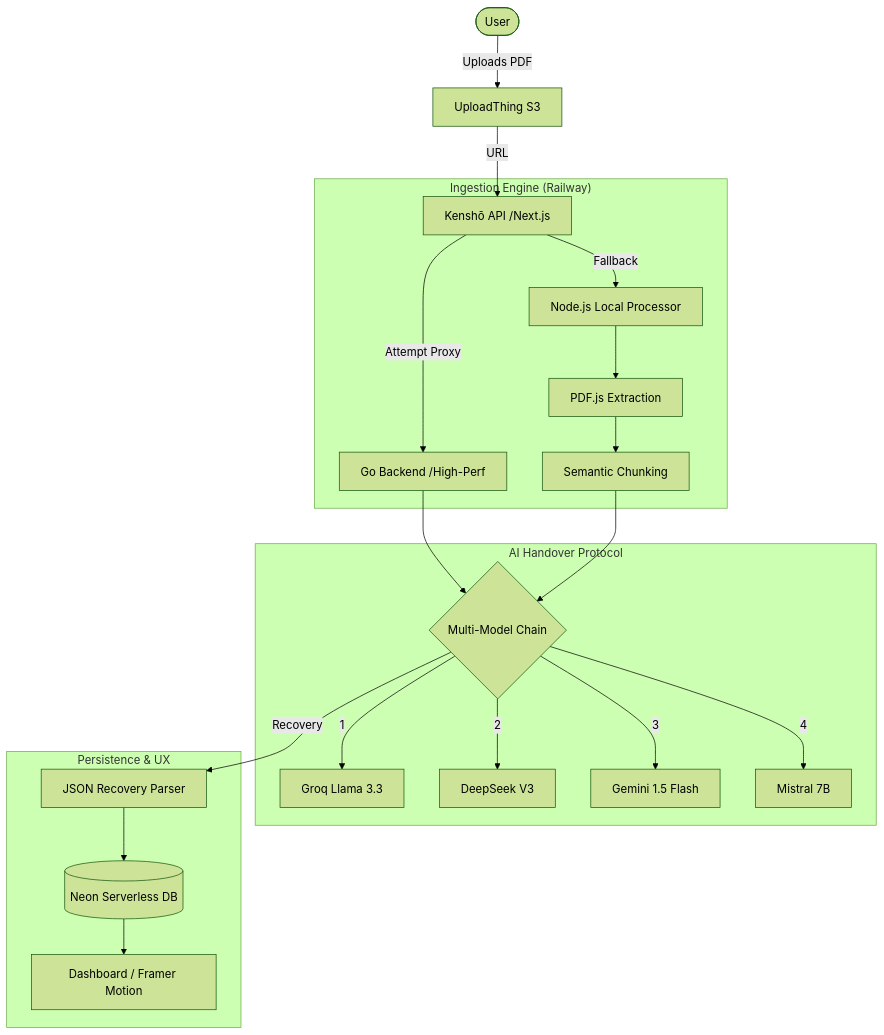
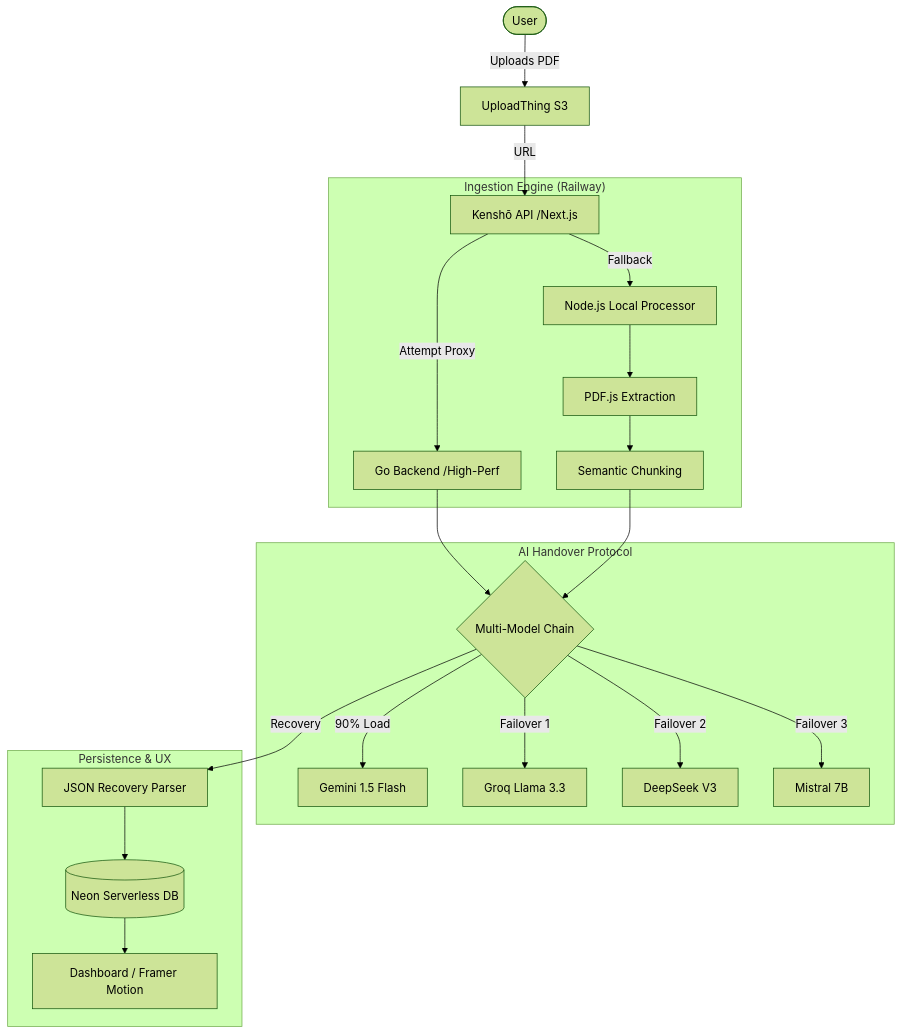
One commit to HarshalPatel1972/kensho-flashcard-engine changed the diagram in README.md. Above: the diagram before and after it, drawn with Mermaid (forest theme). The commit also changed other lines of this file, not shown here.

````diff
--- a/README.md
+++ b/README.md
@@ -9,27 +13,27 @@
 ```mermaid
 graph TD
     User([User]) -->|Uploads PDF| UT[UploadThing S3]
     UT -->|URL| API[Kenshō API /Next.js]
     
     subgraph "Ingestion Engine (Railway)"
     API -->|Attempt Proxy| GO[Go Backend /High-Perf]
     API -->|Fallback| Local[Node.js Local Processor]
     Local --> PDF[PDF.js Extraction]
     PDF --> Chunk[Semantic Chunking]
     end
     
     subgraph "AI Handover Protocol"
     GO --> AI
     Chunk --> AI{Multi-Model Chain}
-    AI -->|1| Groq[Groq Llama 3.3]
-    AI -->|2| DS[DeepSeek V3]
-    AI -->|3| Gem[Gemini 1.5 Flash]
-    AI -->|4| Mist[Mistral 7B]
+    AI -->|90% Load| Gem[Gemini 1.5 Flash]
+    AI -->|Failover 1| Groq[Groq Llama 3.3]
+    AI -->|Failover 2| DS[DeepSeek V3]
+    AI -->|Failover 3| Mist[Mistral 7B]
     end
     
     subgraph "Persistence & UX"
     AI -->|Recovery| Parser[JSON Recovery Parser]
     Parser --> DB[(Neon Serverless DB)]
     DB --> DASH[Dashboard / Framer Motion]
     end
 ```
````
